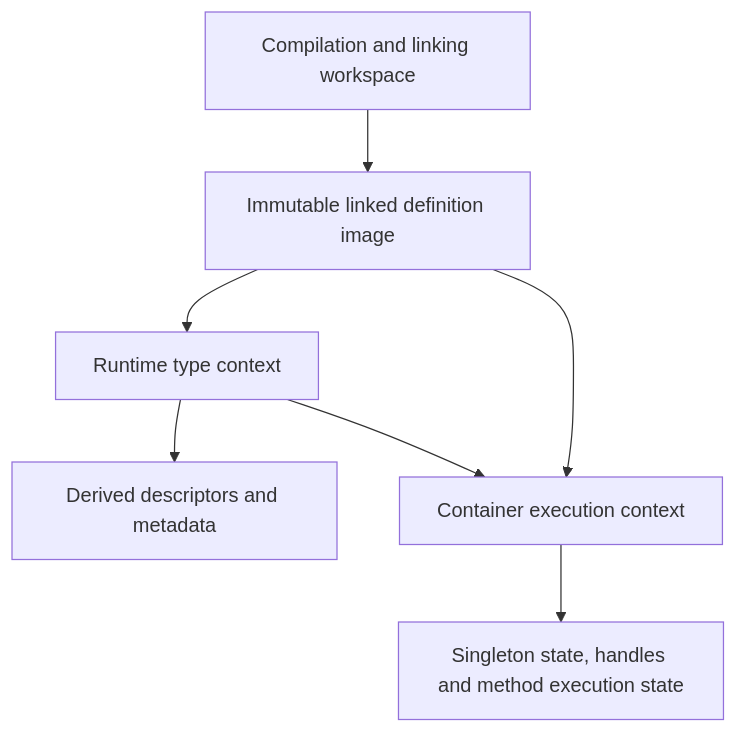
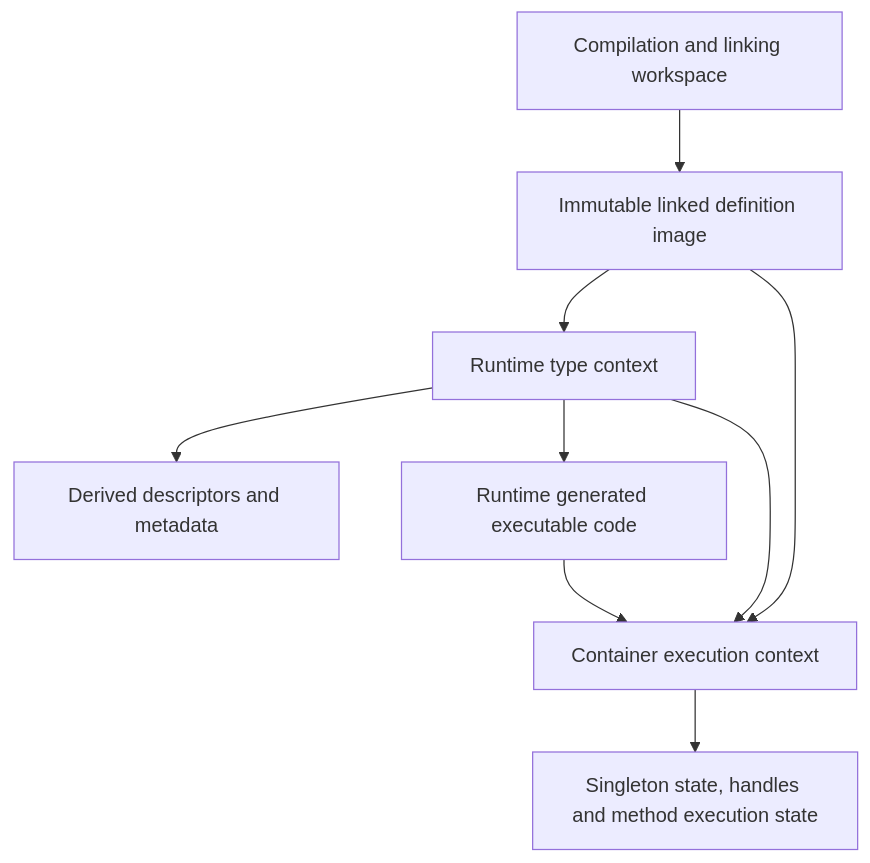
One commit to xtclang/xvm changed the diagram in doc/constant-pool-architecture-plan.md. Above: the diagram before and after it, drawn with Mermaid. The commit also changed other lines of this file and 16 other files, not shown here.

````diff
--- a/doc/constant-pool-architecture-plan.md
+++ b/doc/constant-pool-architecture-plan.md
@@ -71,9 +73,11 @@
 ```mermaid
 flowchart TD
     C[Compilation and linking workspace] --> I[Immutable linked definition image]
     I --> T[Runtime type context]
     T --> D[Derived descriptors and metadata]
+    T --> G[Runtime generated executable code]
     I --> E[Container execution context]
     T --> E
+    G --> E
     E --> S[Singleton state, handles and method execution state]
 ```
````
